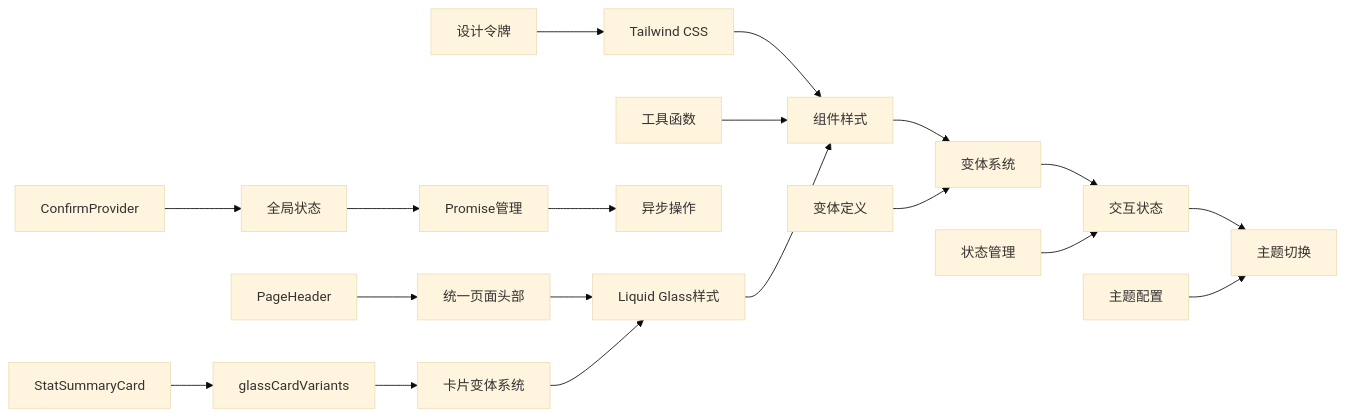
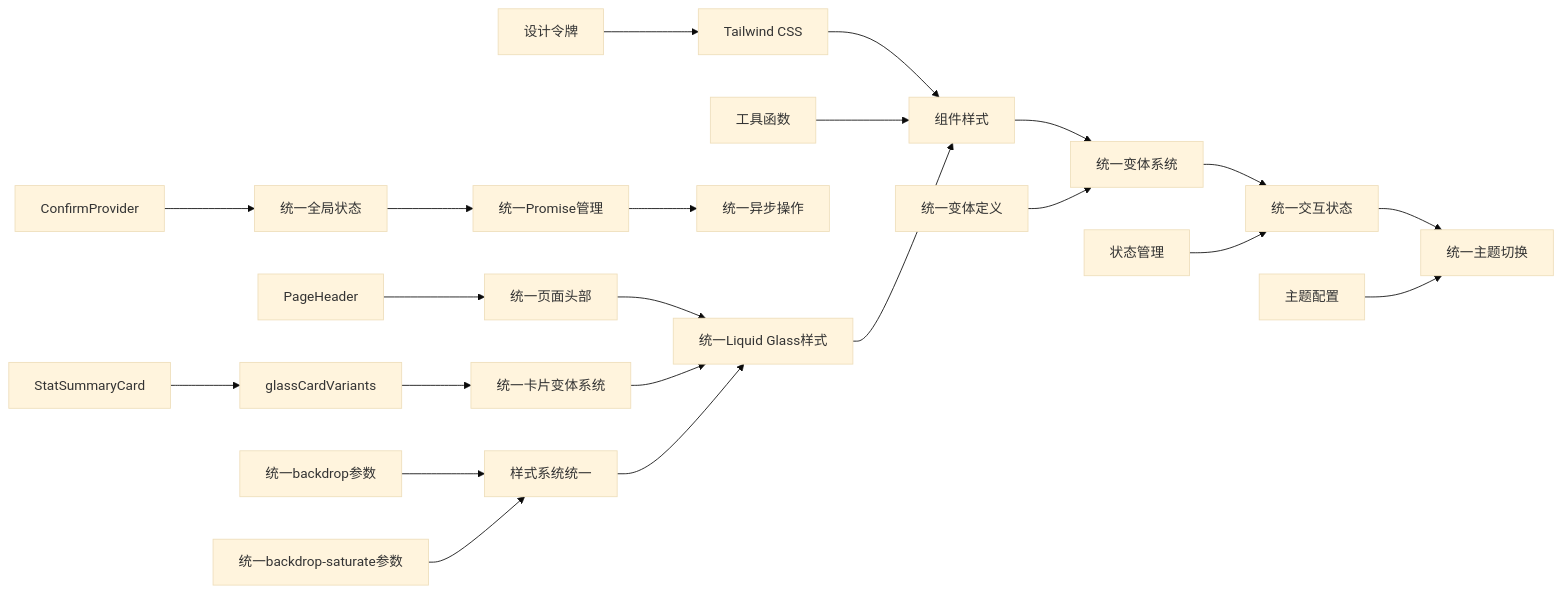
One commit to RadiumAg/AIGate changed the tenth of 10 diagrams in .qoder/repowiki/zh/content/前端组件/Apple Liquid Glass UI组件系统.md. Above: the diagram before and after it, drawn with Mermaid (base theme). The commit also changed other lines of this file and 2 other files, not shown here.

First line of the commit message:
docs(dashboard): 更新企业级仪表板系统文档及区域热力图优化

````diff
--- a/.qoder/repowiki/zh/content/前端组件/Apple Liquid Glass UI组件系统.md
+++ b/.qoder/repowiki/zh/content/前端组件/Apple Liquid Glass UI组件系统.md
@@ -741,21 +777,24 @@
 ```mermaid
 flowchart LR
 A[设计令牌] --> B[Tailwind CSS]
 B --> C[组件样式]
-C --> D[变体系统]
-D --> E[交互状态]
-E --> F[主题切换]
+C --> D[统一变体系统]
+D --> E[统一交互状态]
+E --> F[统一主题切换]
 G[工具函数] --> C
-H[变体定义] --> D
+H[统一变体定义] --> D
 I[状态管理] --> E
 J[主题配置] --> F
-K[ConfirmProvider] --> L[全局状态]
-L --> M[Promise管理]
-M --> N[异步操作]
+K[ConfirmProvider] --> L[统一全局状态]
+L --> M[统一Promise管理]
+M --> N[统一异步操作]
 O[PageHeader] --> P[统一页面头部]
-P --> Q[Liquid Glass样式]
+P --> Q[统一Liquid Glass样式]
 Q --> C
-R[glassCardVariants] --> S[卡片变体系统]
+R[glassCardVariants] --> S[统一卡片变体系统]
 S --> Q
 T[StatSummaryCard] --> R
+U[统一backdrop参数] --> V[样式系统统一]
+V --> Q
+W[统一backdrop-saturate参数] --> V
 ```
````
